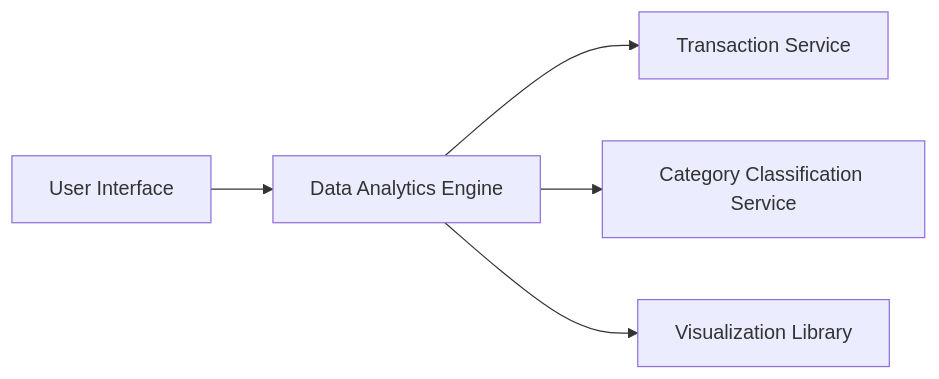
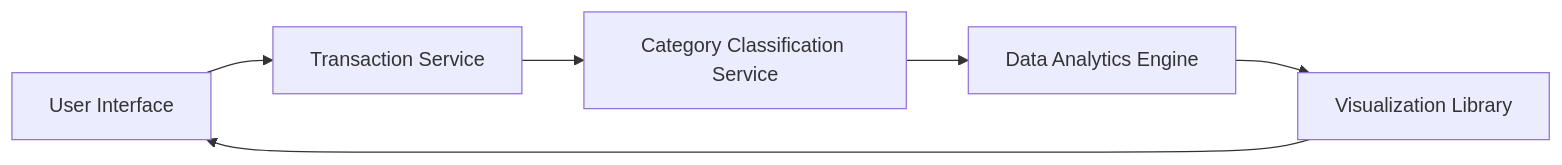
Before and after one commit to AAVA-Demo/APB_Demo: the diagram in HLD/QE-7715_HLD.md, drawn with Mermaid. The commit also changed other lines of this file and 5 other files, not shown here.

````diff
--- a/HLD/QE-7715_HLD.md
+++ b/HLD/QE-7715_HLD.md
@@ -7,12 +7,13 @@
 ```mermaid
 flowchart LR
     A["User Interface"]
-    B["Data Analytics Engine"]
-    C["Transaction Service"]
-    D["Category Classification Service"]
+    B["Transaction Service"]
+    C["Category Classification Service"]
+    D["Data Analytics Engine"]
     E["Visualization Library"]
     A --> B
     B --> C
-    B --> D
-    B --> E
+    C --> D
+    D --> E
+    E --> A
 ```
````
